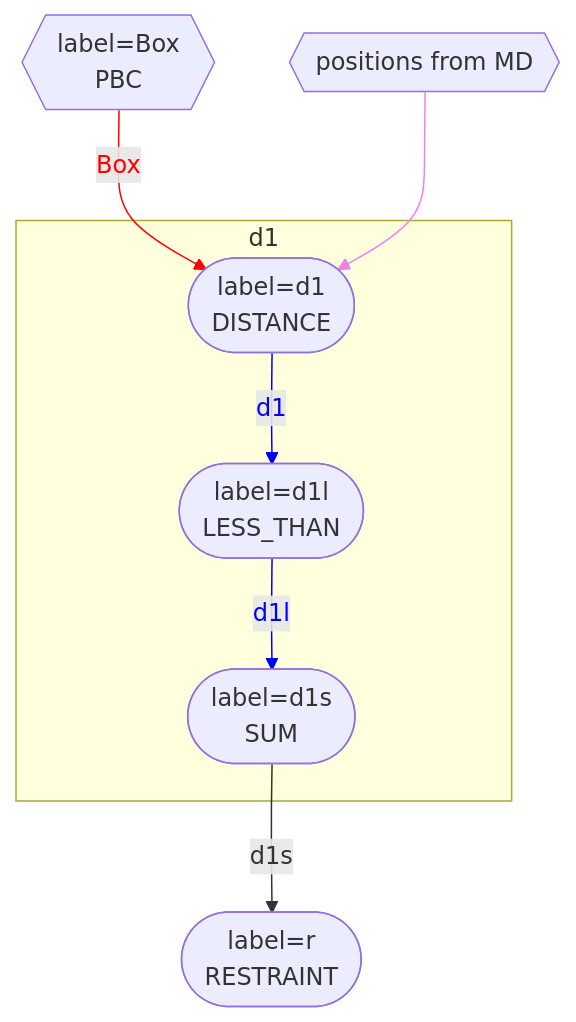
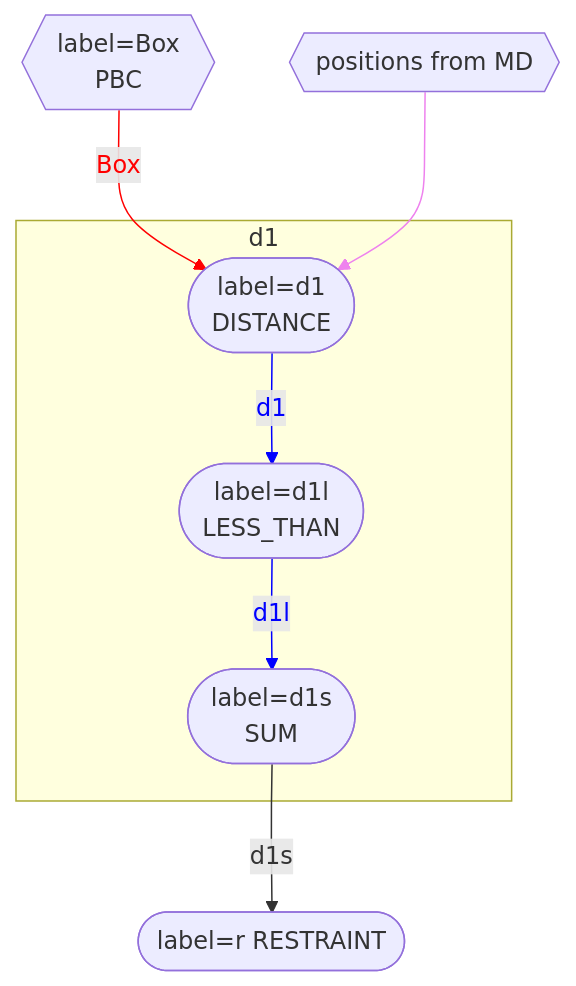
The first of 2 diagrams in MultiColvar.md (gtribello/plumed-thoughts), drawn with Mermaid before and after one commit. The commit also changed other lines of this file and 1 other file, not shown here.

Commit message:
Hopefully fixed graphs

````diff
--- a/MultiColvar.md
+++ b/MultiColvar.md
@@ -40,30 +40,24 @@
 ```mermaid
 flowchart TB
 MD{{positions from MD}}
-Box{{"`label=Box 
- PBC
-`"}}
+Box{{"label=Box 
+ PBC"}}
 Box -- Box --> d1
 linkStyle 0 stroke:red,color:red;
 MD --> d1
 linkStyle 1 stroke:violet,color:violet;
 subgraph subd1 [d1]
-d1(["`label=d1
- DISTANCE
-`"])
-d1l(["`label=d1l
- LESS_THAN
-`"])
-d1s(["`label=d1s
- SUM
-`"])
+d1(["label=d1
+ DISTANCE"])
+d1l(["label=d1l
+ LESS_THAN"])
+d1s(["label=d1s
+ SUM"])
 end
 d1 -- d1 --> d1l
 linkStyle 2 stroke:blue,color:blue;
 d1l -- d1l --> d1s
 linkStyle 3 stroke:blue,color:blue;
 d1s -- d1s --> r
-r(["`label=r
- RESTRAINT
-`"])
+r(["label=r RESTRAINT"])
 ```
````
